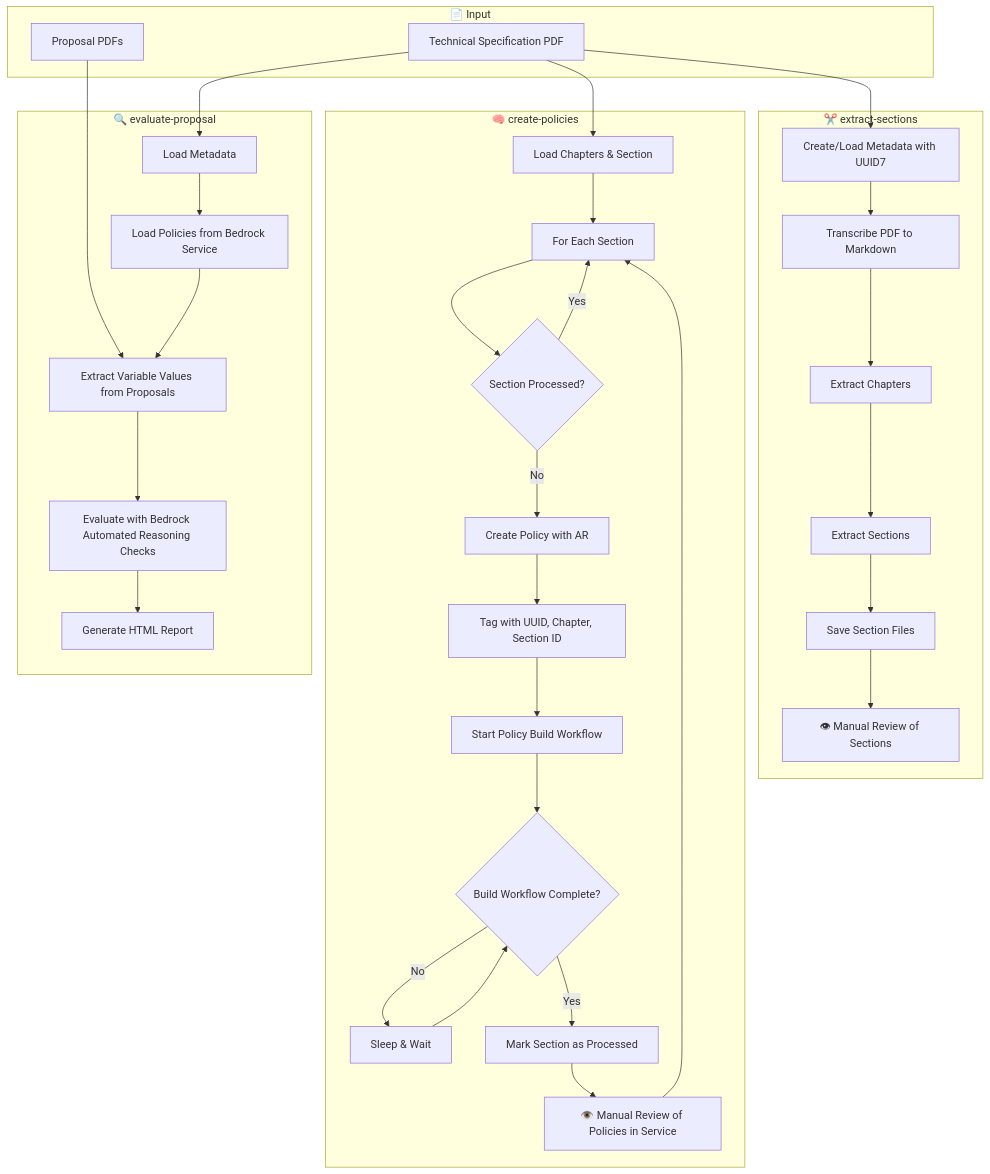
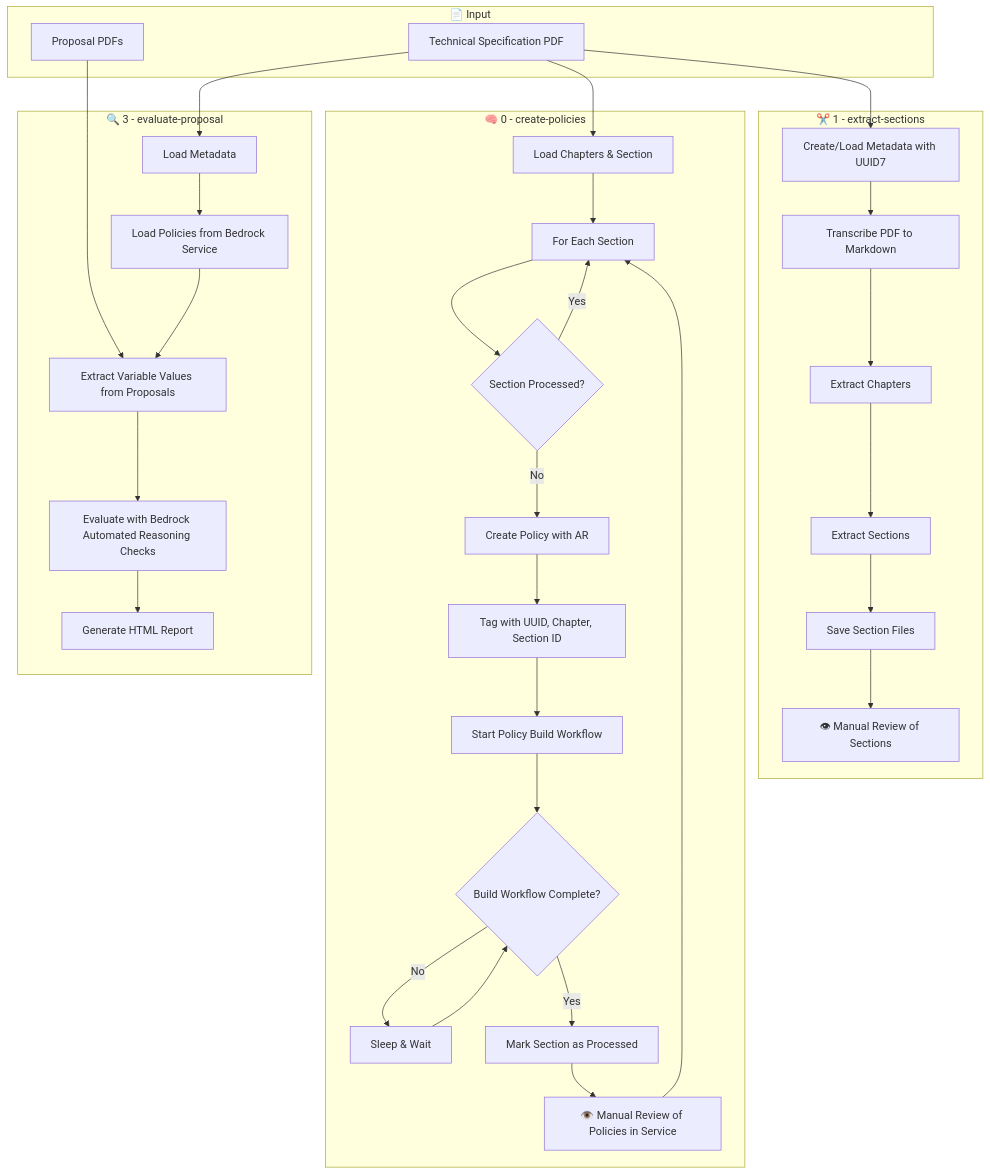
Before and after one commit to aws-samples/sample-genai-assisted-design-reviews-with-arc: the diagram in README.md, drawn with Mermaid.

Commit message:
Numbered the blocks in the README.md

````diff
--- a/README.md
+++ b/README.md
@@ -21,65 +21,65 @@
 ```mermaid
 flowchart TD
     subgraph Input["📄 Input"]
         spec[Technical Specification PDF]
         proposals[Proposal PDFs]
     end
     
-    subgraph ExtractSections["✂️ extract-sections"]
+    subgraph ExtractSections["✂️ 1 - extract-sections"]
         meta1[Create/Load Metadata with UUID7]
         transcribe[Transcribe PDF to Markdown]
         chapters[Extract Chapters]
         sections[Extract Sections]
         saveFiles[Save Section Files]
         reviewSections[👁 Manual Review of Sections]
     end
     
-    subgraph CreatePolicies["🧠 create-policies"]
+    subgraph CreatePolicies["🧠 0 - create-policies"]
         meta2[Load Chapters & Section]
         forEachSection[For Each Section]
         checkSection{Section Processed?}
         createPolicy[Create Policy with AR]
         tagPolicy[Tag with UUID, Chapter, Section ID]
         startWorkflow[Start Policy Build Workflow]
         checkWorkflow{Build Workflow Complete?}
         sleepWait[Sleep & Wait]
         markSection[Mark Section as Processed]
         reviewPolicies[👁️ Manual Review of Policies in Service]
     end
     
-    subgraph EvaluateProposal["🔍 evaluate-proposal"]
+    subgraph EvaluateProposal["🔍 3 - evaluate-proposal"]
         meta3[Load Metadata]
         loadPolicies[Load Policies from Bedrock Service]
         extractVars[Extract Variable Values from Proposals]
         evaluate[Evaluate with Bedrock Automated Reasoning Checks]
         generateReport[Generate HTML Report]
     end
     
     spec --> meta1
     meta1 --> transcribe
     transcribe --> chapters
     chapters --> sections
     sections --> saveFiles
     saveFiles --> reviewSections
     
     spec --> meta2
     meta2 --> forEachSection
     forEachSection --> checkSection
     checkSection -->|No| createPolicy
     checkSection -->|Yes| forEachSection
     createPolicy --> tagPolicy
     tagPolicy --> startWorkflow
     startWorkflow --> checkWorkflow
     checkWorkflow -->|No| sleepWait
     sleepWait --> checkWorkflow
     checkWorkflow -->|Yes| markSection
     markSection --> reviewPolicies
     reviewPolicies --> forEachSection
     
     spec --> meta3
     proposals --> extractVars
     meta3 --> loadPolicies
     loadPolicies --> extractVars
     extractVars --> evaluate
     evaluate --> generateReport
 ```
````
